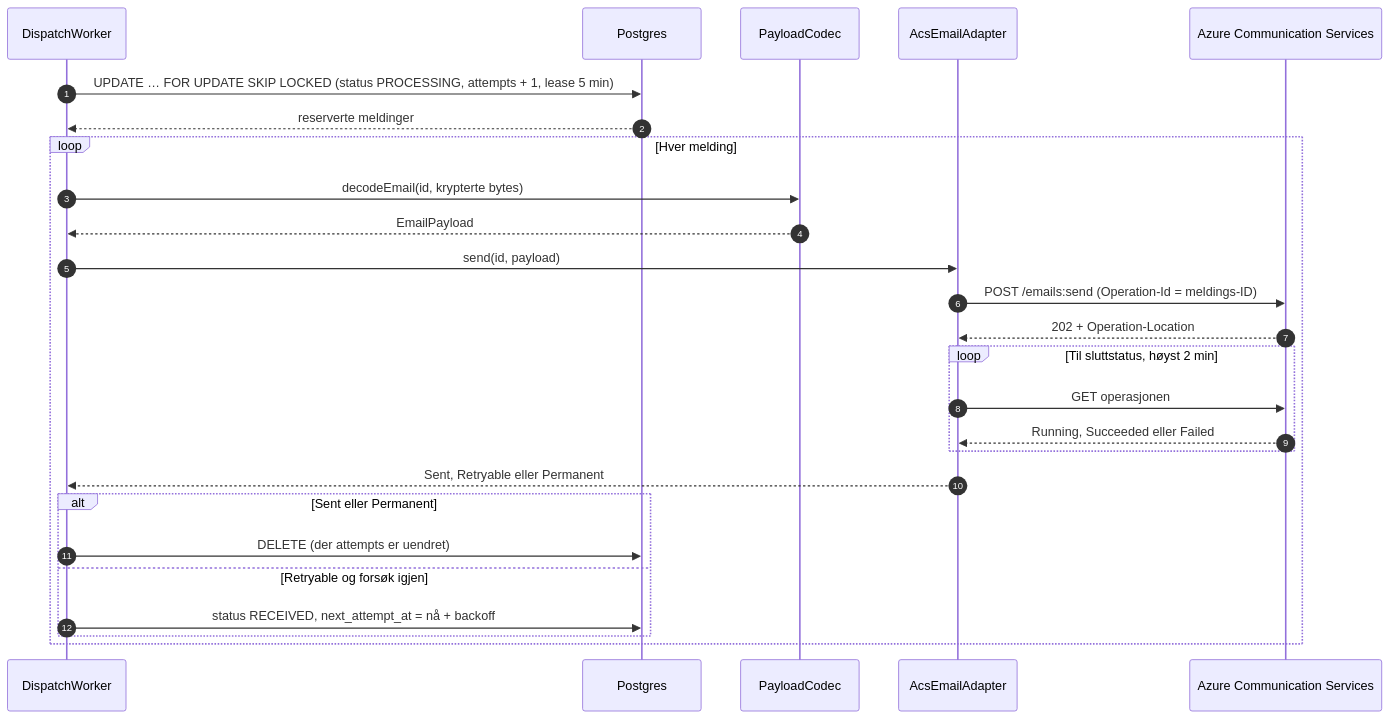
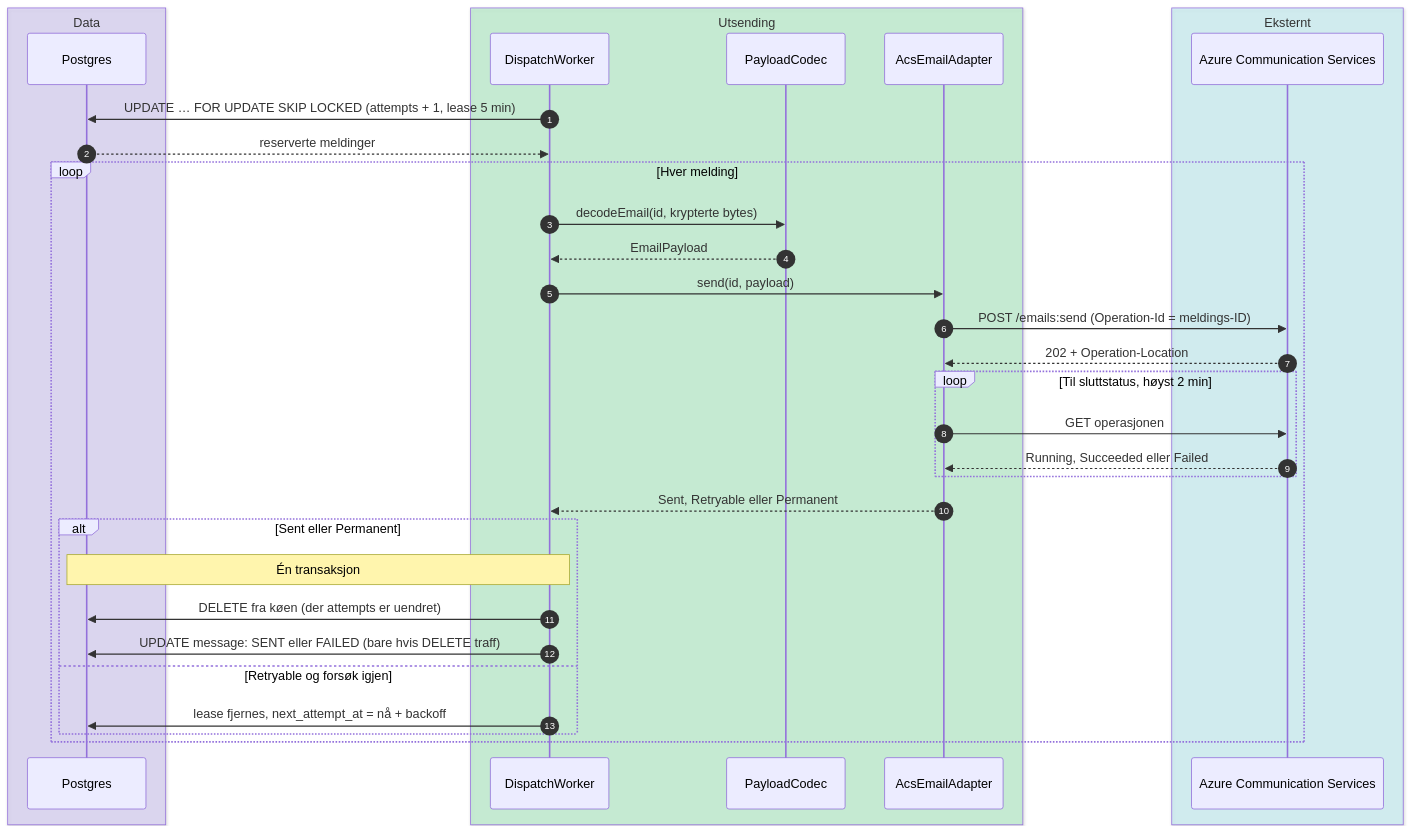
The ninth of 14 diagrams in docs/architecture.md (FINTLabs/fint-communication-service), drawn with Mermaid before and after one commit. The commit also changed other lines of this file and 35 other files, not shown here.

````diff
--- a/docs/architecture.md
+++ b/docs/architecture.md
@@ -502,29 +601,37 @@
 ```mermaid
 sequenceDiagram
     autonumber
-    participant W as DispatchWorker
-    participant DB as Postgres
-    participant PC as PayloadCodec
-    participant A as AcsEmailAdapter
-    participant ACS as Azure Communication Services
+    box rgba(196,181,253,0.35) Data
+        participant DB as Postgres
+    end
+    box rgba(134,239,172,0.35) Utsending
+        participant W as DispatchWorker
+        participant PC as PayloadCodec
+        participant A as AcsEmailAdapter
+    end
+    box rgba(165,243,252,0.35) Eksternt
+        participant ACS as Azure Communication Services
+    end
 
-    W->>DB: UPDATE … FOR UPDATE SKIP LOCKED (status PROCESSING, attempts + 1, lease 5 min)
+    W->>DB: UPDATE … FOR UPDATE SKIP LOCKED (attempts + 1, lease 5 min)
     DB-->>W: reserverte meldinger
     loop Hver melding
         W->>PC: decodeEmail(id, krypterte bytes)
         PC-->>W: EmailPayload
         W->>A: send(id, payload)
         A->>ACS: POST /emails:send (Operation-Id = meldings-ID)
         ACS-->>A: 202 + Operation-Location
         loop Til sluttstatus, høyst 2 min
             A->>ACS: GET operasjonen
             ACS-->>A: Running, Succeeded eller Failed
         end
         A-->>W: Sent, Retryable eller Permanent
         alt Sent eller Permanent
-            W->>DB: DELETE (der attempts er uendret)
+            Note over W,DB: Én transaksjon
+            W->>DB: DELETE fra køen (der attempts er uendret)
+            W->>DB: UPDATE message: SENT eller FAILED (bare hvis DELETE traff)
         else Retryable og forsøk igjen
-            W->>DB: status RECEIVED, next_attempt_at = nå + backoff
+            W->>DB: lease fjernes, next_attempt_at = nå + backoff
         end
     end
 ```
````
